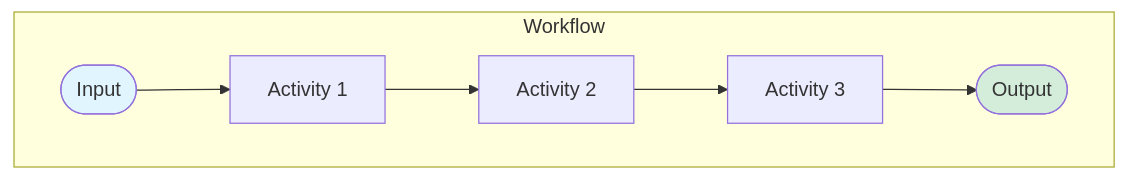
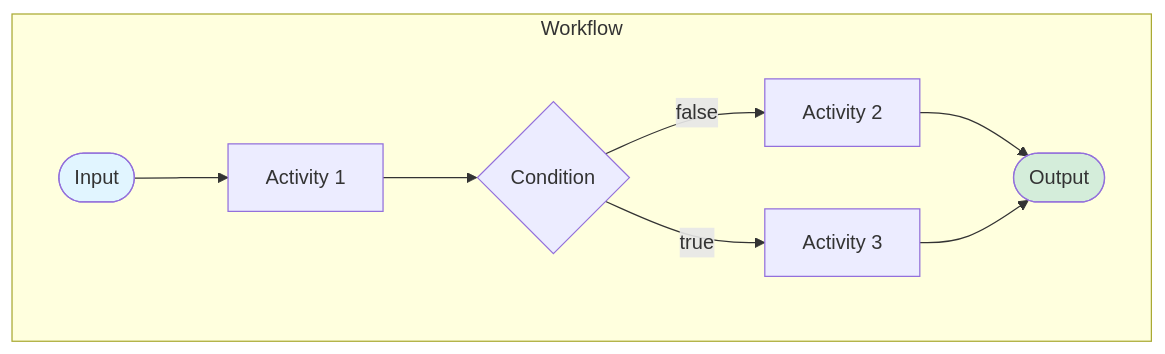
The diagram in .demo/slides/02-dapr-workflow/04-dapr-workflow-explanation.md (diagrid-labs/dapr-workflow-concerto), drawn with Mermaid before and after one commit.

Commit message:
Update WF diagram

````diff
--- a/.demo/slides/02-dapr-workflow/04-dapr-workflow-explanation.md
+++ b/.demo/slides/02-dapr-workflow/04-dapr-workflow-explanation.md
@@ -12,13 +12,17 @@
 ```mermaid
 graph LR
     subgraph Workflow
     direction LR
-    Start([Input]) --> A1[Activity 1]
-    A1 --> A2[Activity 2]
-    A2 --> A3[Activity 3]
-    A3 --> End([Output])
+    Start([Input])
+    End([Output])
+    Start --> A1[Activity 1]
+    A1 --> IF{Condition}
+    IF--false-->A2[Activity 2]
+    IF--true-->A3[Activity 3]
+    A2 --> End 
+    A3 --> End
     end
     
     style Start fill:#e1f5ff
     style End fill:#d4edda
 ```
````
